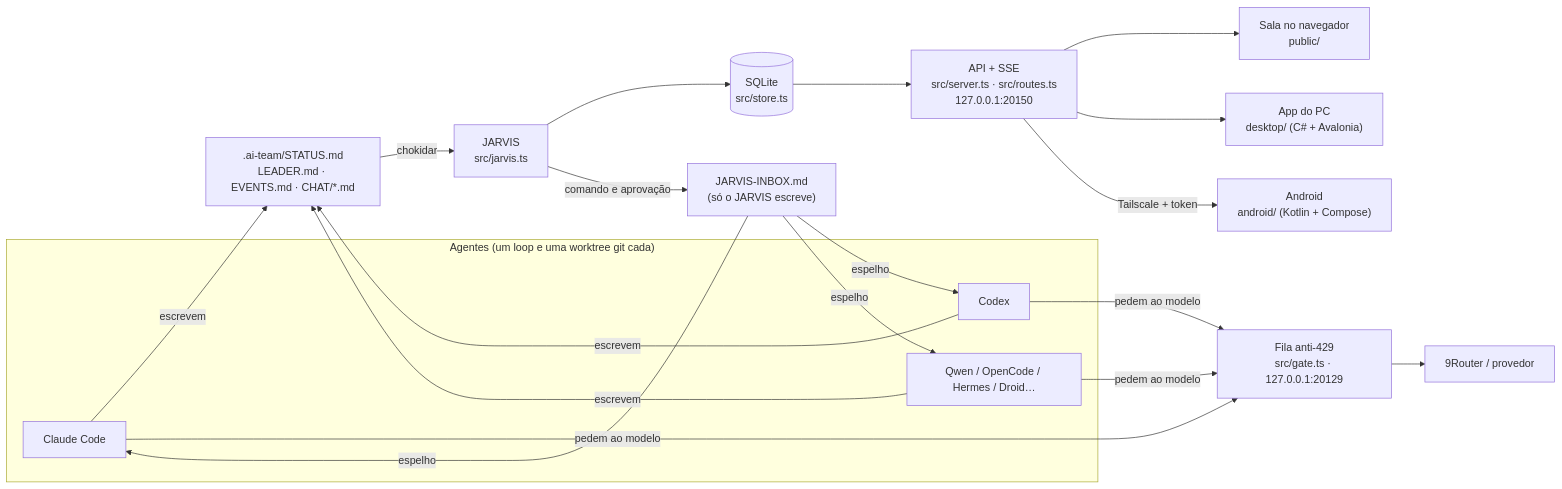
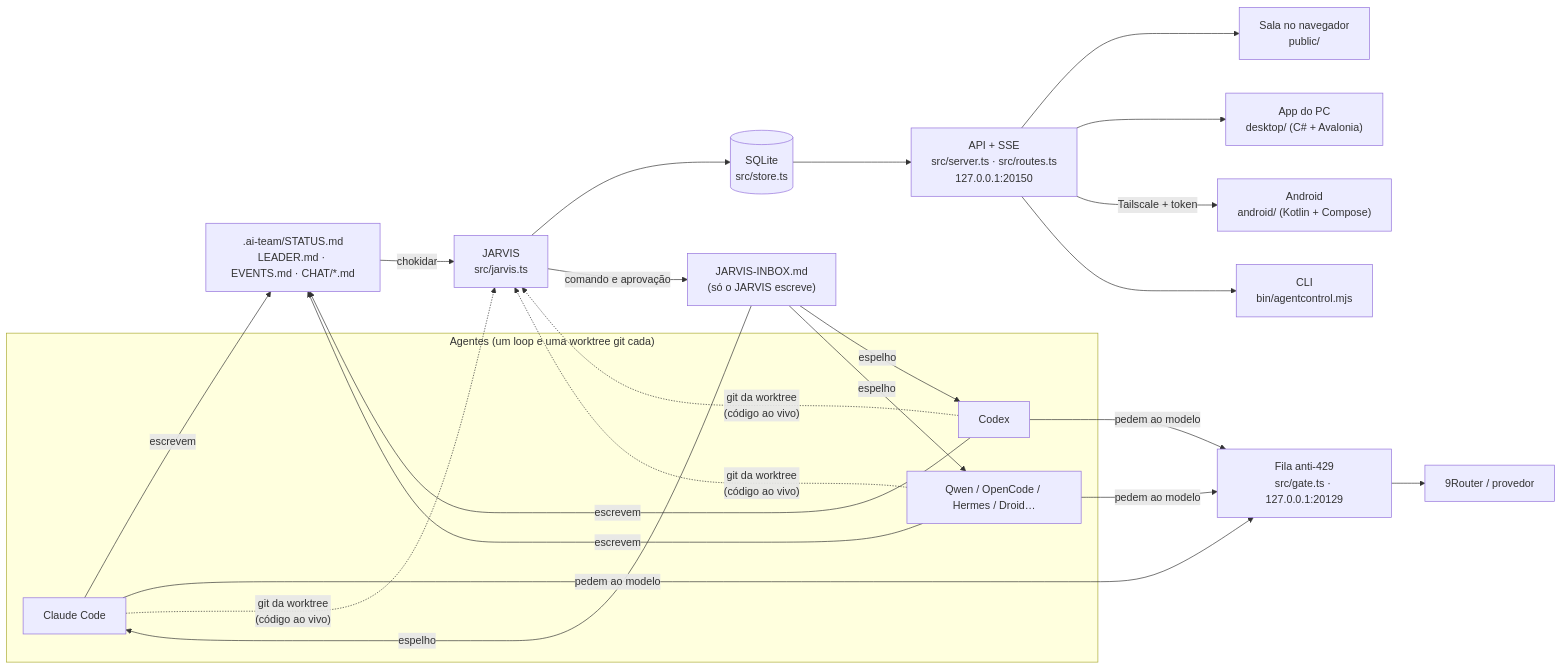
The diagram in ARCHITECTURE.md (davi617/AgentControl), drawn with Mermaid before and after one commit. The commit also changed other lines of this file and 15 other files, not shown here.

First line of the commit message:
Site e docs: Código ao vivo e CLI no lugar do Modo Prédio

````diff
--- a/ARCHITECTURE.md
+++ b/ARCHITECTURE.md
@@ -7,17 +7,19 @@
 ```mermaid
 flowchart LR
   subgraph Agentes["Agentes (um loop e uma worktree git cada)"]
     A1["Claude Code"] & A2["Codex"] & A3["Qwen / OpenCode / Hermes / Droid…"]
   end
   A1 & A2 & A3 -- "escrevem" --> MD[".ai-team/STATUS.md<br/>LEADER.md · EVENTS.md · CHAT/*.md"]
   A1 & A2 & A3 -- "pedem ao modelo" --> GATE["Fila anti-429<br/>src/gate.ts · 127.0.0.1:20129"]
   GATE --> LLM["9Router / provedor"]
   MD -- "chokidar" --> J["JARVIS<br/>src/jarvis.ts"]
   J --> DB[("SQLite<br/>src/store.ts")]
   J -- "comando e aprovação" --> INBOX["JARVIS-INBOX.md<br/>(só o JARVIS escreve)"]
   INBOX -- "espelho" --> A1 & A2 & A3
   DB --> API["API + SSE<br/>src/server.ts · src/routes.ts<br/>127.0.0.1:20150"]
   API --> WEB["Sala no navegador<br/>public/"]
   API --> PC["App do PC<br/>desktop/ (C# + Avalonia)"]
   API -- "Tailscale + token" --> AND["Android<br/>android/ (Kotlin + Compose)"]
+  API --> CLI["CLI<br/>bin/agentcontrol.mjs"]
+  A1 & A2 & A3 -. "git da worktree<br/>(código ao vivo)" .-> J
 ```
````
